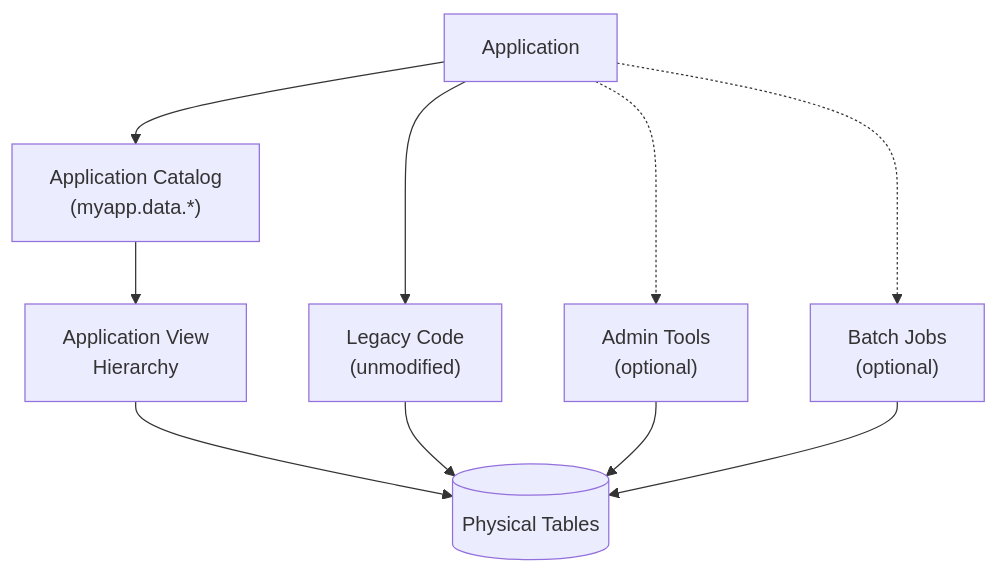
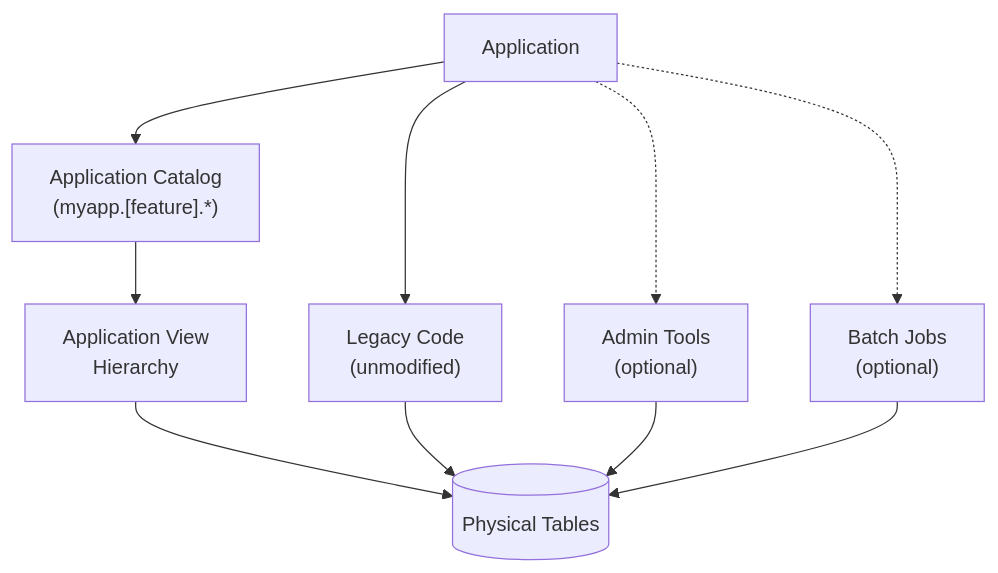
Before and after one commit to robfromboulder/virtual-view-manifesto: the first of 2 diagrams in sections/02-principles.md, drawn with Mermaid. The commit also changed 2 other files, not shown here.

Commit message:
Tweak diagrams

````diff
--- a/sections/02-principles.md
+++ b/sections/02-principles.md
@@ -68,12 +68,12 @@
 ```mermaid
 flowchart TD
-    App["Application"] --> Catalog["Application Catalog<br/>(myapp.data.*)"]
+    App["Application"] --> Catalog["Application Catalog<br/>(myapp.[feature].*)"]
     Catalog --> Views["Application View<br/>Hierarchy"]
     Views --> DB[("Physical Tables")]
     App --> Legacy["Legacy Code<br/>(unmodified)"]
     Legacy --> DB
     App -.-> Admin["Admin Tools<br/>(optional)"]
     Admin --> DB
     App -.-> Batch["Batch Jobs<br/>(optional)"]
     Batch --> DB
 ```
````
